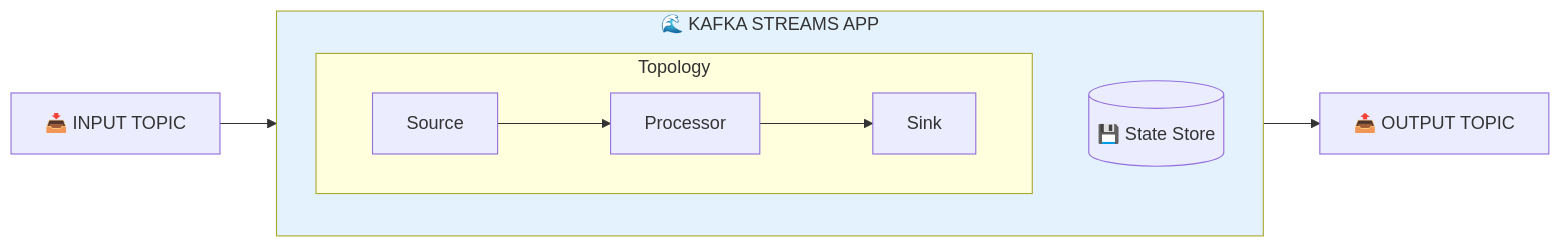
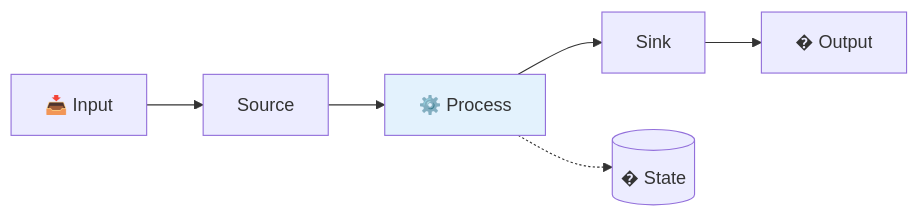
The second of 6 diagrams in formation-v2/day-02-development/module-05-kafka-streams/README.md (msellamiTN/kafka-bhf), drawn with Mermaid before and after one commit. The commit also changed other lines of this file and 4 other files, not shown here.

Commit message:
refactor: reorganize Mermaid diagrams - more compact and readable

````diff
--- a/formation-v2/day-02-development/module-05-kafka-streams/README.md
+++ b/formation-v2/day-02-development/module-05-kafka-streams/README.md
@@ -52,16 +50,7 @@
 ```mermaid
 flowchart LR
-    IT["📥 INPUT TOPIC"] --> APP
+    IT["📥 Input"] --> SRC["Source"] --> PROC["⚙️ Process"] --> SINK["Sink"] --> OT["� Output"]
+    PROC -.-> SS[("� State")]
     
-    subgraph APP["🌊 KAFKA STREAMS APP"]
-        direction TB
-        subgraph TOP["Topology"]
-            SRC["Source"] --> PROC["Processor"] --> SINK["Sink"]
-        end
-        SS[("💾 State Store")]
-    end
-    
-    APP --> OT["📤 OUTPUT TOPIC"]
-    
-    style APP fill:#e3f2fd
+    style PROC fill:#e3f2fd
 ```
````
